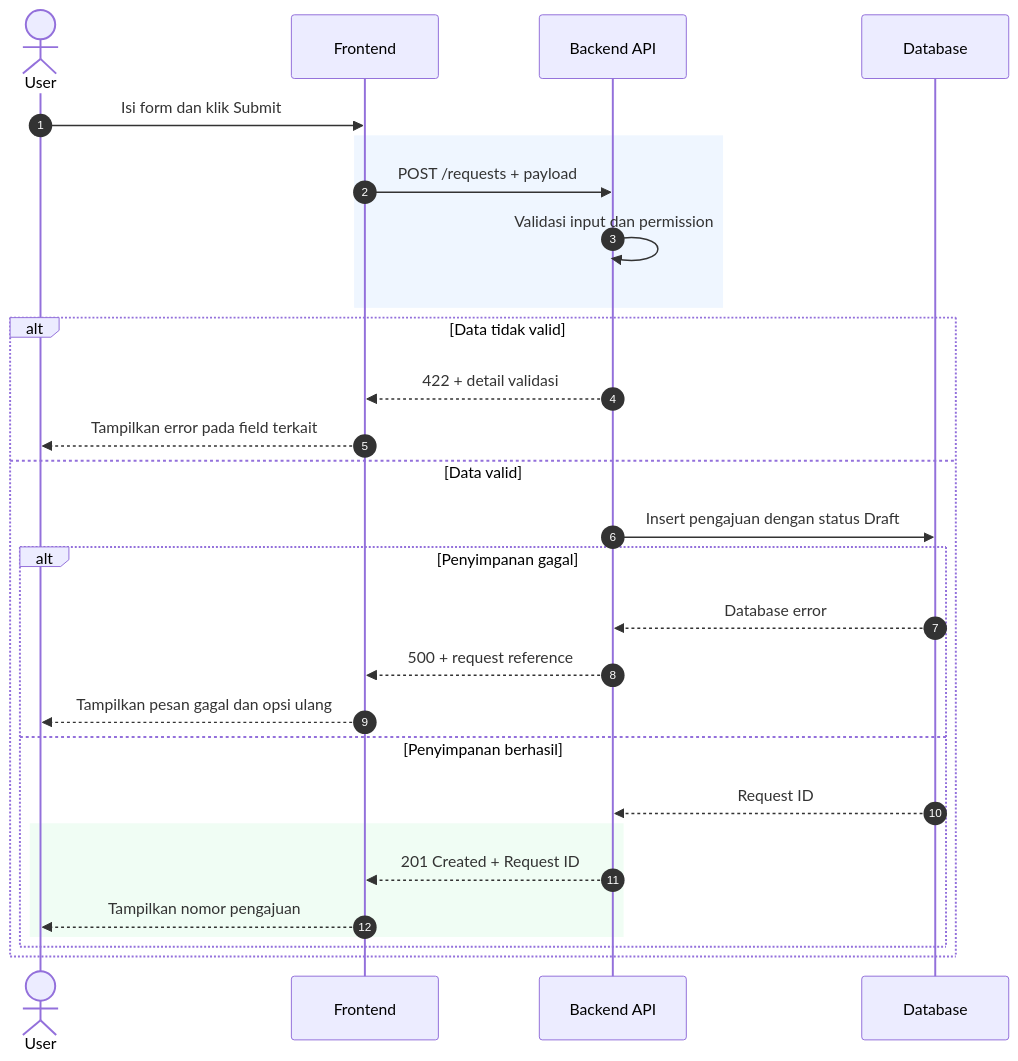
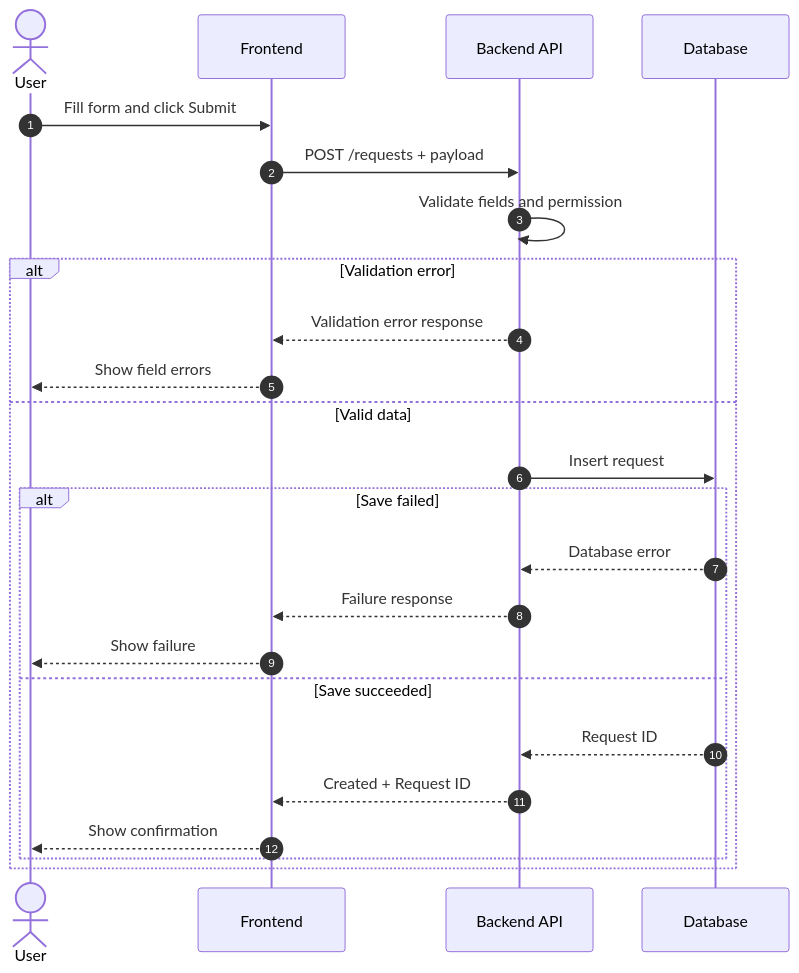
The first of 3 diagrams in docs/sequence-diagrams.md (Ducklazy231/system-analysis-skill), drawn with Mermaid before and after one commit. The commit also changed other lines of this file, not shown here.

Commit message:
docs: rewrite docs/sequence-diagrams.md with English-first guidance

````diff
--- a/docs/sequence-diagrams.md
+++ b/docs/sequence-diagrams.md
@@ -63,31 +29,26 @@
 ```mermaid
 sequenceDiagram
     autonumber
-    actor U as User
+    actor User
     participant FE as Frontend
     participant API as Backend API
     participant DB as Database
-
-    U->>FE: Isi form dan klik Submit
-    rect rgb(239, 246, 255)
-        FE->>API: POST /requests + payload
-        API->>API: Validasi input dan permission
-    end
-    alt Data tidak valid
-        API-->>FE: 422 + detail validasi
-        FE-->>U: Tampilkan error pada field terkait
-    else Data valid
-        API->>DB: Insert pengajuan dengan status Draft
-        alt Penyimpanan gagal
+    User->>FE: Fill form and click Submit
+    FE->>API: POST /requests + payload
+    API->>API: Validate fields and permission
+    alt Validation error
+        API-->>FE: Validation error response
+        FE-->>User: Show field errors
+    else Valid data
+        API->>DB: Insert request
+        alt Save failed
             DB-->>API: Database error
-            API-->>FE: 500 + request reference
-            FE-->>U: Tampilkan pesan gagal dan opsi ulang
-        else Penyimpanan berhasil
+            API-->>FE: Failure response
+            FE-->>User: Show failure
+        else Save succeeded
             DB-->>API: Request ID
-            rect rgb(240, 253, 244)
-                API-->>FE: 201 Created + Request ID
-                FE-->>U: Tampilkan nomor pengajuan
-            end
+            API-->>FE: Created + Request ID
+            FE-->>User: Show confirmation
         end
     end
 ```
````
